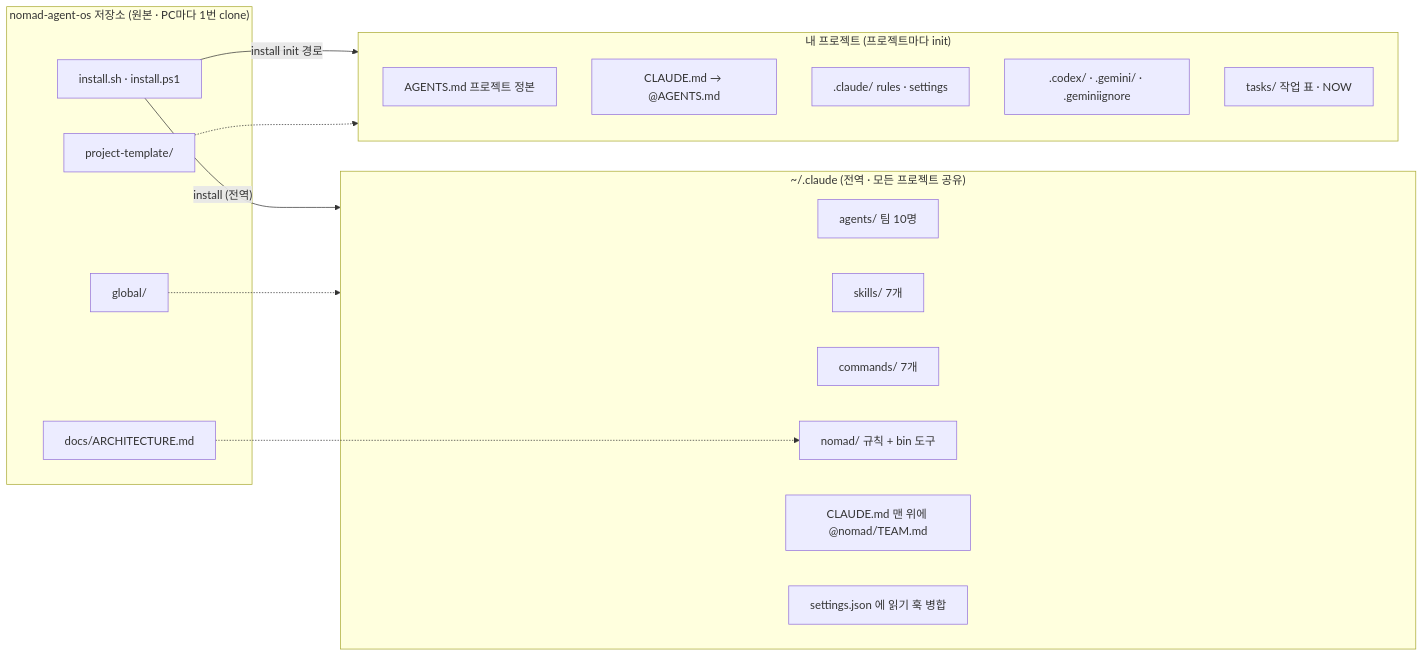
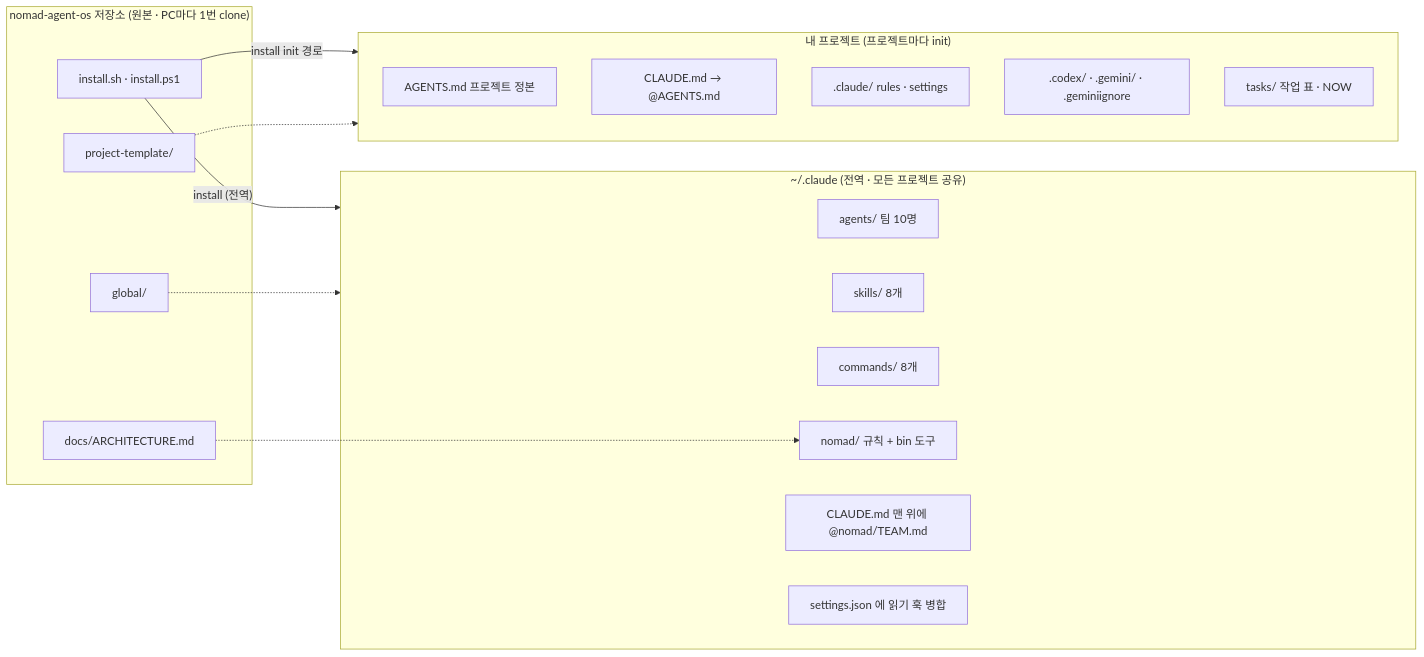
Before and after one commit to DevOps0906/nomad-agent-os: the first of 2 diagrams in docs/REFERENCE.md, drawn with Mermaid. The commit also changed other lines of this file and 4 other files, not shown here.

````diff
--- a/docs/REFERENCE.md
+++ b/docs/REFERENCE.md
@@ -67,29 +70,29 @@
 ```mermaid
 flowchart LR
   subgraph REPO["nomad-agent-os 저장소 (원본 · PC마다 1번 clone)"]
     INST["install.sh · install.ps1"]
     G["global/"]
     PT["project-template/"]
     DOC["docs/ARCHITECTURE.md"]
   end
   subgraph HOME["~/.claude (전역 · 모든 프로젝트 공유)"]
     HA["agents/ 팀 10명"]
-    HS["skills/ 7개"]
-    HC["commands/ 7개"]
+    HS["skills/ 8개"]
+    HC["commands/ 8개"]
     HN["nomad/ 규칙 + bin 도구"]
     HM["CLAUDE.md 맨 위에 @nomad/TEAM.md"]
     HJ["settings.json 에 읽기 훅 병합"]
   end
   subgraph PROJ["내 프로젝트 (프로젝트마다 init)"]
     PA["AGENTS.md 프로젝트 정본"]
     PC["CLAUDE.md → @AGENTS.md"]
     PR[".claude/ rules · settings"]
     PX[".codex/ · .gemini/ · .geminiignore"]
     PK["tasks/ 작업 표 · NOW"]
   end
   INST -- "install (전역)" --> HOME
   G -.-> HOME
   DOC -.-> HN
   INST -- "install init 경로" --> PROJ
   PT -.-> PROJ
 ```
````
